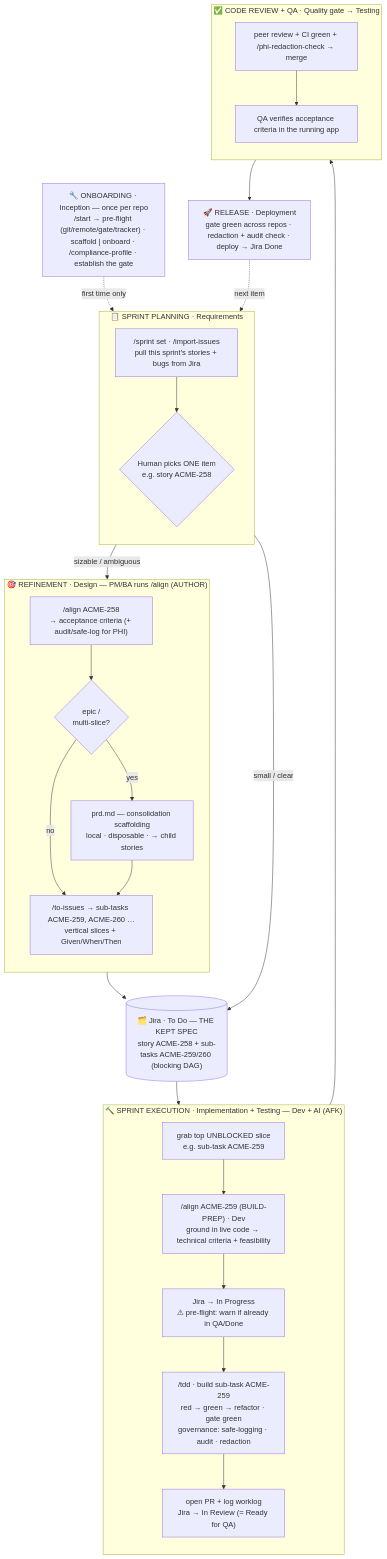
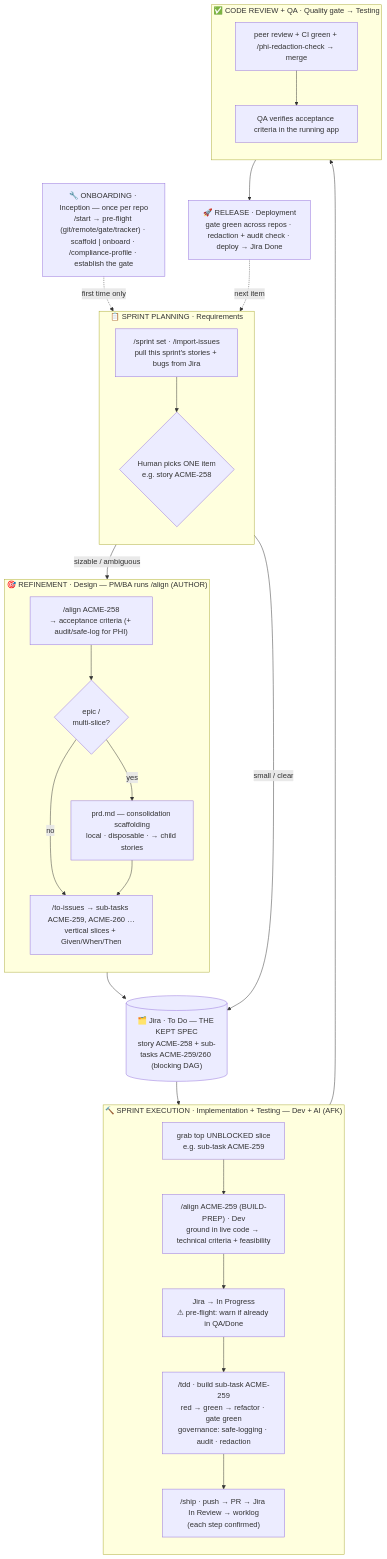
Before and after one commit to Mindbowser/health-harness: the diagram in README.md, drawn with Mermaid. The commit also changed other lines of this file and 7 other files, not shown here.

First line of the commit message:
feat(skills): add /ship (confirmed publish: push→PR→Jira→worklog); /tdd hands off to it; remove Atlas account panel from briefs (v0.1.81)

````diff
--- a/README.md
+++ b/README.md
@@ -52,45 +52,45 @@
 ```mermaid
 flowchart TD
     SETUP["🔧 ONBOARDING · Inception — once per repo<br/>/start → pre-flight (git/remote/gate/tracker) · scaffold | onboard · /compliance-profile · establish the gate"]
 
     subgraph PLAN["📋 SPRINT PLANNING · Requirements"]
         direction TB
         SP["/sprint set · /import-issues<br/>pull this sprint's stories + bugs from Jira"] --> PICK{"Human picks ONE item<br/>e.g. story ACME-258"}
     end
 
     subgraph REFINE["🎯 REFINEMENT · Design — PM/BA runs /align (AUTHOR)"]
         direction TB
         AL["/align ACME-258<br/>→ acceptance criteria (+ audit/safe-log for PHI)"]
         AL --> BIG{"epic /<br/>multi-slice?"}
         BIG -->|yes| PRD["prd.md — consolidation scaffolding<br/>local · disposable · → child stories"]
         BIG -->|no| SL["/to-issues → sub-tasks ACME-259, ACME-260 …<br/>vertical slices + Given/When/Then"]
         PRD --> SL
     end
 
     JIRA[("🗂️ Jira · To Do — THE KEPT SPEC<br/>story ACME-258 + sub-tasks ACME-259/260 (blocking DAG)")]
 
     subgraph BUILD["🔨 SPRINT EXECUTION · Implementation + Testing — Dev + AI (AFK)"]
         direction TB
         GRAB["grab top UNBLOCKED slice<br/>e.g. sub-task ACME-259"] --> BP["/align ACME-259 (BUILD-PREP) · Dev<br/>ground in live code → technical criteria + feasibility"]
         BP --> WIP["Jira → In Progress<br/>⚠ pre-flight: warn if already in QA/Done"]
         WIP --> TDD["/tdd · build sub-task ACME-259<br/>red → green → refactor · gate green<br/>governance: safe-logging · audit · redaction"]
-        TDD --> PRW["open PR + log worklog<br/>Jira → In Review (= Ready for QA)"]
+        TDD --> PRW["/ship · push → PR → Jira In Review → worklog<br/>(each step confirmed)"]
     end
 
     subgraph VERIFY["✅ CODE REVIEW + QA · Quality gate → Testing"]
         direction TB
         CR["peer review + CI green + /phi-redaction-check → merge"]
         CR --> QA["QA verifies acceptance criteria in the running app"]
     end
 
     REL["🚀 RELEASE · Deployment<br/>gate green across repos · redaction + audit check · deploy → Jira Done"]
 
     SETUP -.->|first time only| SP
     PICK -->|sizable / ambiguous| AL
     PICK -->|small / clear| JIRA
     SL --> JIRA
     JIRA --> GRAB
     PRW --> CR
     QA --> REL
     REL -.->|next item| PICK
 ```
````
